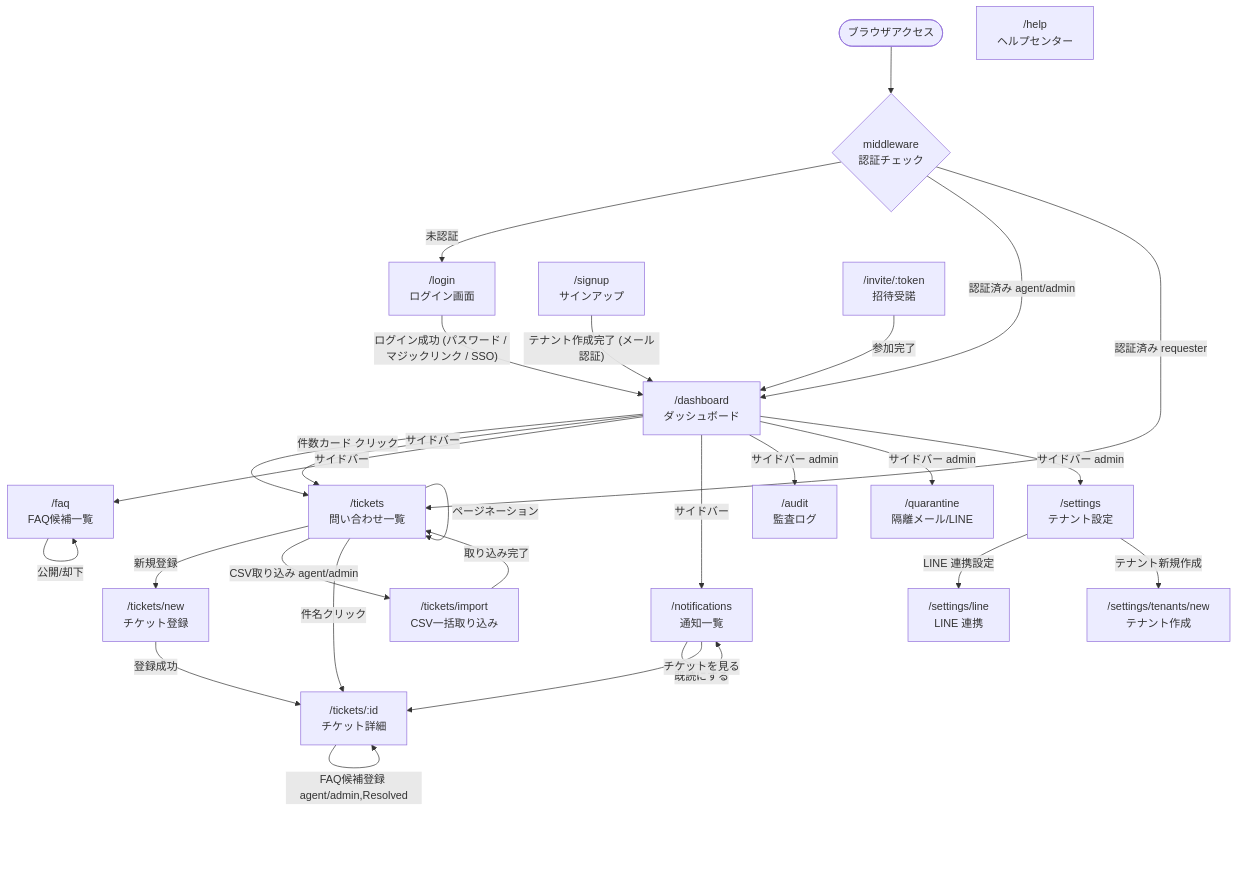
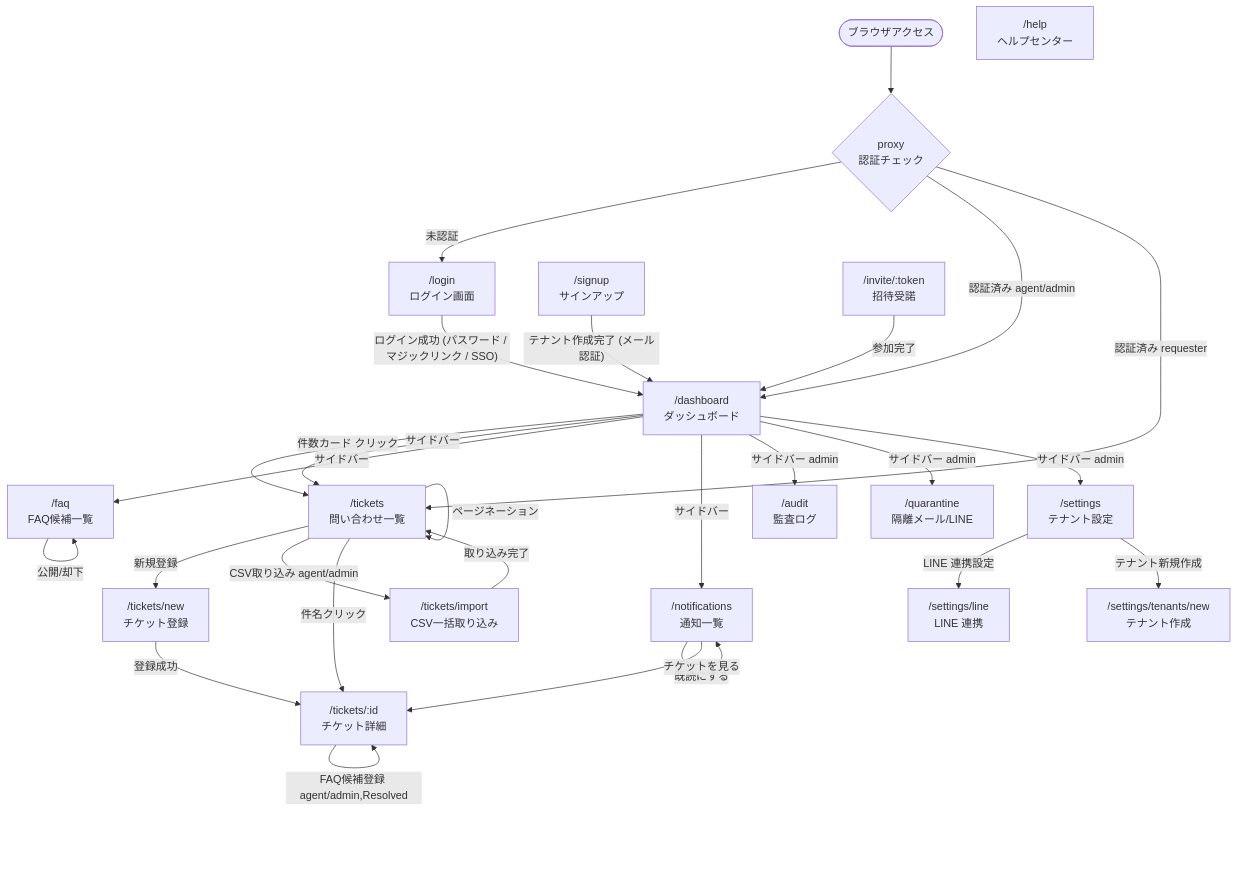
Before and after one commit to izumacha/helpdesk-hub: the diagram in docs/screen-flow.md, drawn with Mermaid. The commit also changed 13 other files, not shown here.

First line of the commit message:
refactor(auth): middleware.ts を Next.js 16 の proxy.ts へ移行する

````diff
--- a/docs/screen-flow.md
+++ b/docs/screen-flow.md
@@ -5,43 +5,43 @@
 ```mermaid
 flowchart TD
-    Start([ブラウザアクセス]) --> MW{"middleware<br/>認証チェック"}
+    Start([ブラウザアクセス]) --> MW{"proxy<br/>認証チェック"}
     MW -- 未認証 --> Login["/login<br/>ログイン画面"]
     MW -- 認証済み agent/admin --> Dashboard["/dashboard<br/>ダッシュボード"]
     MW -- 認証済み requester --> TicketList["/tickets<br/>問い合わせ一覧"]
     Login -- "ログイン成功 (パスワード / マジックリンク / SSO)" --> Dashboard
 
     Signup["/signup<br/>サインアップ"] -- "テナント作成完了 (メール認証)" --> Dashboard
     Invite["/invite/:token<br/>招待受諾"] -- 参加完了 --> Dashboard
     Help["/help<br/>ヘルプセンター"]
 
     Dashboard -- 件数カード クリック --> TicketList
     Dashboard -- サイドバー --> TicketList
     Dashboard -- サイドバー --> FAQ["/faq<br/>FAQ候補一覧"]
     Dashboard -- サイドバー --> Notifications["/notifications<br/>通知一覧"]
     Dashboard -- サイドバー admin --> Audit["/audit<br/>監査ログ"]
     Dashboard -- サイドバー admin --> Quarantine["/quarantine<br/>隔離メール/LINE"]
     Dashboard -- サイドバー admin --> Settings["/settings<br/>テナント設定"]
 
     TicketList -- 新規登録 --> TicketNew["/tickets/new<br/>チケット登録"]
     TicketList -- "CSV取り込み agent/admin" --> TicketImport["/tickets/import<br/>CSV一括取り込み"]
     TicketImport -- 取り込み完了 --> TicketList
     TicketList -- 件名クリック --> TicketDetail["/tickets/:id<br/>チケット詳細"]
     TicketList -- フィルタ/検索 --> TicketList
     TicketList -- ページネーション --> TicketList
 
     TicketNew -- 登録成功 --> TicketDetail
 
     TicketDetail -- ステータス変更 agent/admin --> TicketDetail
     TicketDetail -- 優先度変更 agent/admin --> TicketDetail
     TicketDetail -- 担当者変更 agent/admin --> TicketDetail
     TicketDetail -- コメント投稿・画像添付 --> TicketDetail
     TicketDetail -- エスカレーション agent/admin --> TicketDetail
     TicketDetail -- FAQ候補登録 agent/admin,Resolved --> TicketDetail
 
     FAQ -- 公開/却下 --> FAQ
     Notifications -- 既読にする --> Notifications
     Notifications -- チケットを見る --> TicketDetail
 
     Settings -- LINE 連携設定 --> SettingsLine["/settings/line<br/>LINE 連携"]
     Settings -- テナント新規作成 --> TenantNew["/settings/tenants/new<br/>テナント作成"]
 ```
````
